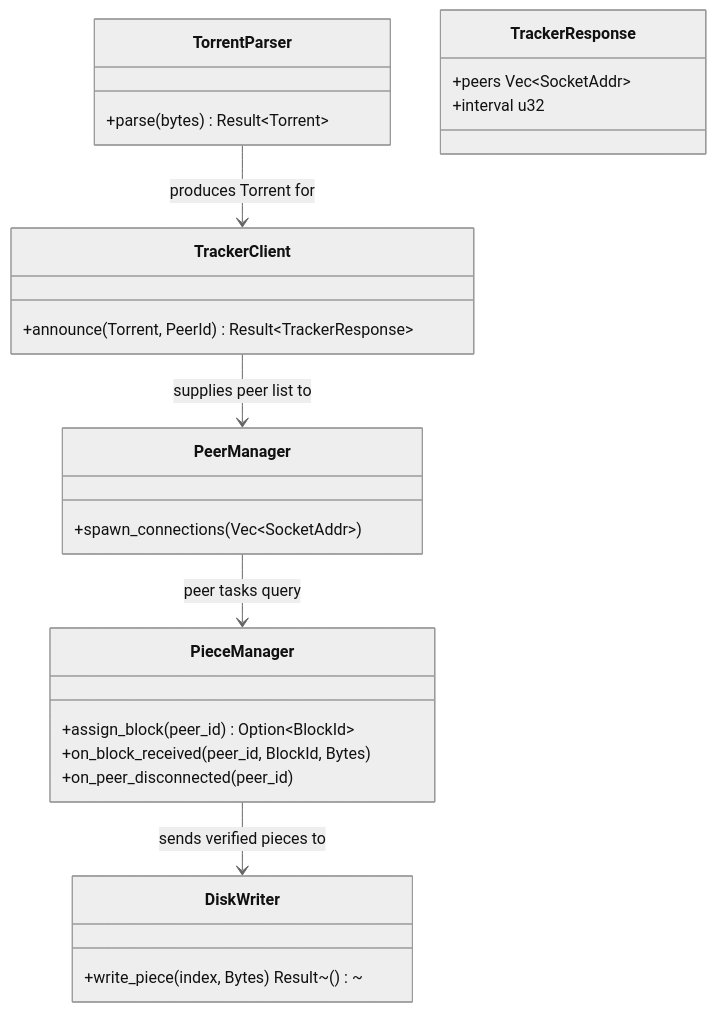
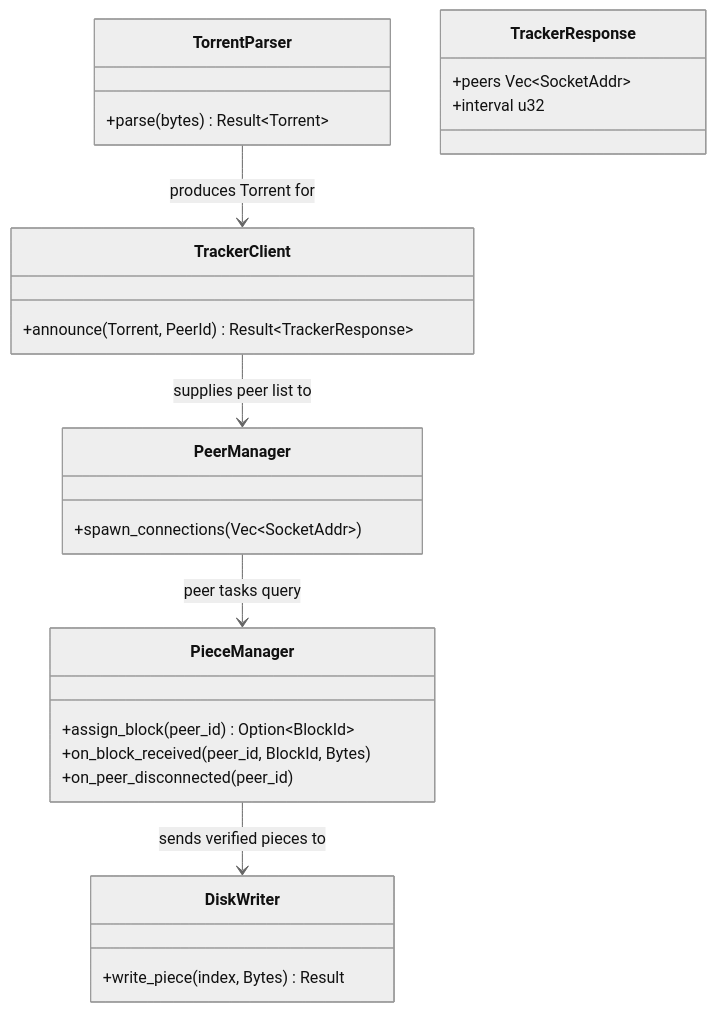
Before and after one commit to PiyushXCoder/learn_planning: the second of 2 diagrams in book/src/part2/04-architecture.md, drawn with Mermaid (neutral theme).

Commit message:
Fix mermaid classDiagram syntax error (Result~()~ breaks parser)

````diff
--- a/book/src/part2/04-architecture.md
+++ b/book/src/part2/04-architecture.md
@@ -72,29 +72,29 @@
 ```mermaid
 classDiagram
     class TorrentParser {
         +parse(bytes) Result~Torrent~
     }
     class TrackerClient {
         +announce(Torrent, PeerId) Result~TrackerResponse~
     }
     class TrackerResponse {
         +peers Vec~SocketAddr~
         +interval u32
     }
     class PeerManager {
         +spawn_connections(Vec~SocketAddr~)
     }
     class PieceManager {
         +assign_block(peer_id) Option~BlockId~
         +on_block_received(peer_id, BlockId, Bytes)
         +on_peer_disconnected(peer_id)
     }
     class DiskWriter {
-        +write_piece(index, Bytes) Result~()~
+        +write_piece(index, Bytes) Result
     }
 
     TorrentParser --> TrackerClient : produces Torrent for
     TrackerClient --> PeerManager : supplies peer list to
     PeerManager --> PieceManager : peer tasks query
     PieceManager --> DiskWriter : sends verified pieces to
 ```
````
